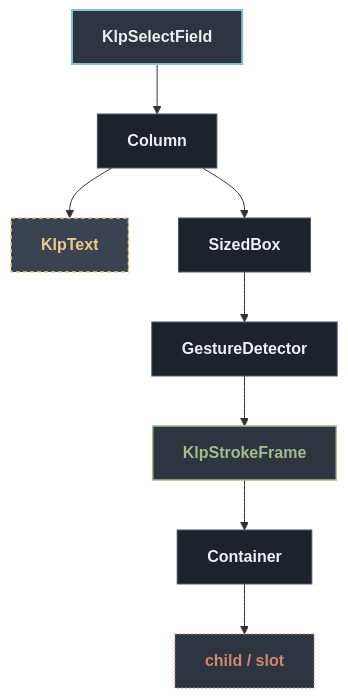
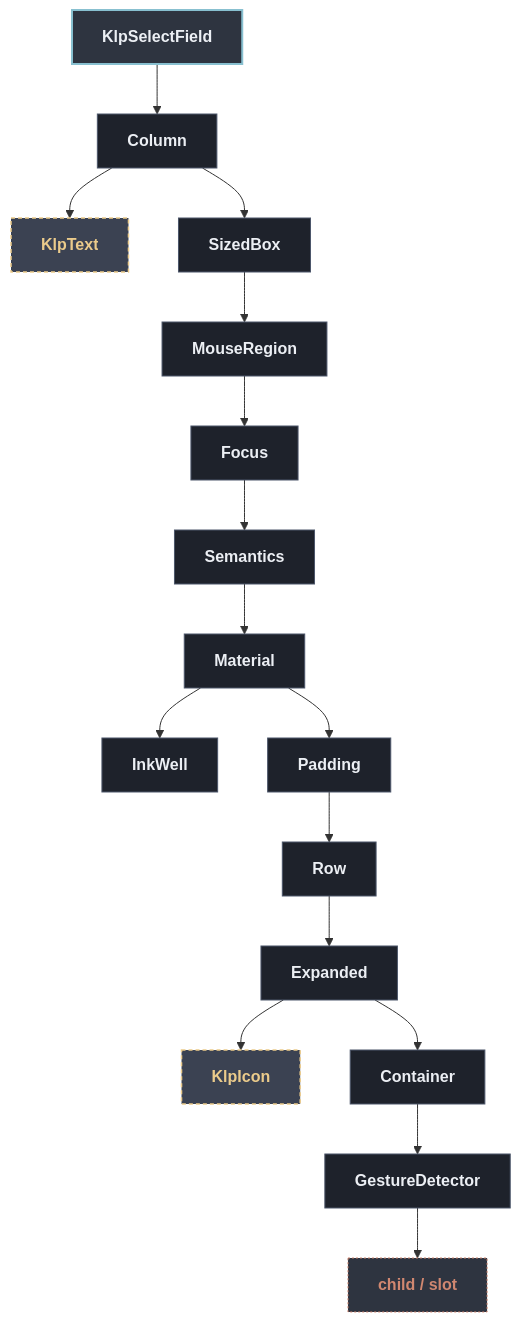
Before and after one commit to MiuDog/Kallopis: the diagram in docs/architecture/components/form/klp_select_field.md, drawn with Mermaid. The commit also changed other lines of this file and 1105 other files, not shown here.

Commit message:
refactor: establish semantic design architecture

````diff
--- a/docs/architecture/components/form/klp_select_field.md
+++ b/docs/architecture/components/form/klp_select_field.md
@@ -13,24 +13,40 @@
 ```mermaid
 flowchart TD
   classDef default fill:#1E222B,stroke:#4C566A,stroke-width:1px,color:#ECEFF4;
   classDef root fill:#2E3440,stroke:#88C0D0,stroke-width:2px,color:#ECEFF4,font-weight:bold;
   classDef reference fill:#3B4252,stroke:#EBCB8B,stroke-width:1.5px,stroke-dasharray: 4 3,color:#EBCB8B;
   classDef container fill:#2E3440,stroke:#A3BE8C,stroke-width:1.5px,color:#A3BE8C;
   classDef slot fill:#2E3440,stroke:#D08770,stroke-width:1px,stroke-dasharray: 2 2,color:#D08770;
 
   root["KlpSelectField"]:::root
   n1["Column"]
   root --> n1
   n2["KlpText"]:::reference
   n1 --> n2
   n3["SizedBox"]
   n1 --> n3
-  n4["GestureDetector"]
+  n4["MouseRegion"]
   n3 --> n4
-  n5["KlpStrokeFrame"]:::container
+  n5["Focus"]
   n4 --> n5
-  n6["Container"]
+  n6["Semantics"]
   n5 --> n6
-  n7["child / slot"]:::slot
+  n7["Material"]
   n6 --> n7
+  n8["InkWell"]
+  n7 --> n8
+  n9["Padding"]
+  n7 --> n9
+  n10["Row"]
+  n9 --> n10
+  n11["Expanded"]
+  n10 --> n11
+  n12["KlpIcon"]:::reference
+  n11 --> n12
+  n13["Container"]
+  n11 --> n13
+  n14["GestureDetector"]
+  n13 --> n14
+  n15["child / slot"]:::slot
+  n14 --> n15
 ```
````
